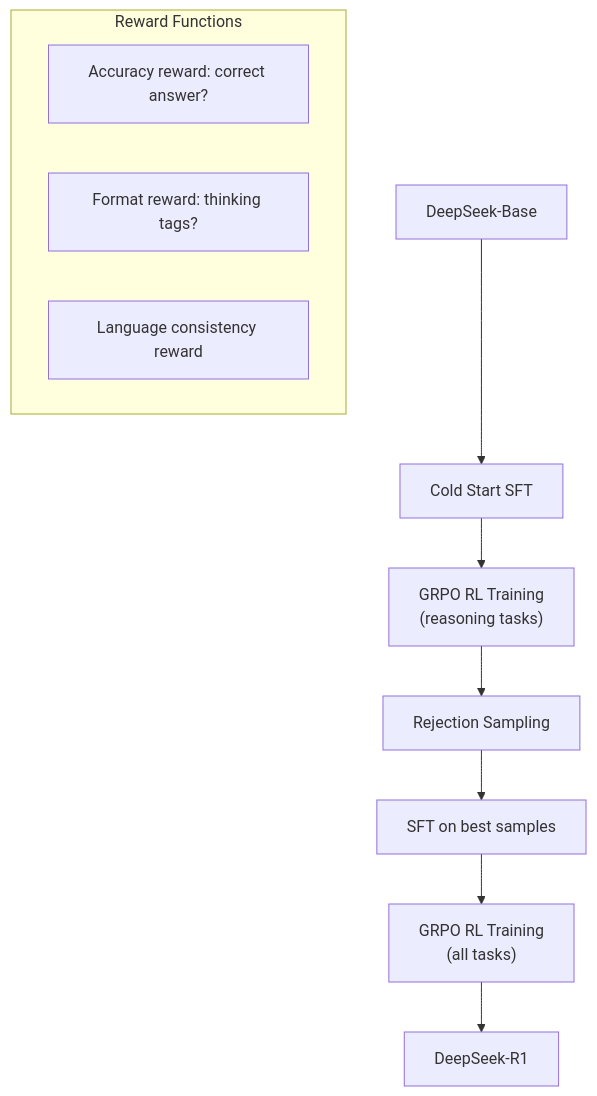
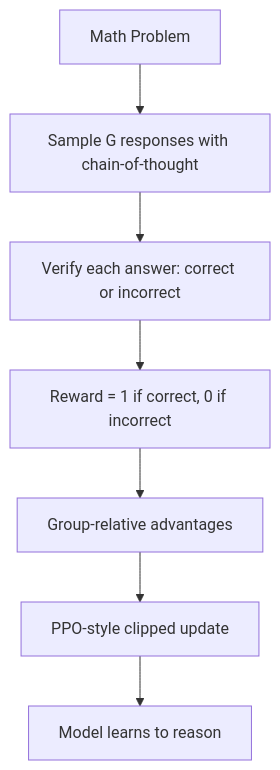
The fourth of 4 diagrams in src/ml/rl/grpo.md (vanos001/placement_prep), drawn with Mermaid before and after one commit. The commit also changed other lines of this file and 13 other files, not shown here.

````diff
--- a/src/ml/rl/grpo.md
+++ b/src/ml/rl/grpo.md
@@ -167,15 +103,9 @@
 ```mermaid
 graph TD
-    PRE[DeepSeek-Base] --> COLD[Cold Start SFT]
-    COLD --> GRPO_RL["GRPO RL Training<br/>(reasoning tasks)"]
-    GRPO_RL --> REJECT[Rejection Sampling]
-    REJECT --> SFT2[SFT on best samples]
-    SFT2 --> GRPO_RL2["GRPO RL Training<br/>(all tasks)"]
-    GRPO_RL2 --> FINAL[DeepSeek-R1]
-    
-    subgraph "Reward Functions"
-        R1[Accuracy reward: correct answer?]
-        R2[Format reward: thinking tags?]
-        R3[Language consistency reward]
-    end
+    A[Math Problem] --> B[Sample G responses with chain-of-thought]
+    B --> C[Verify each answer: correct or incorrect]
+    C --> D["Reward = 1 if correct, 0 if incorrect"]
+    D --> E[Group-relative advantages]
+    E --> F[PPO-style clipped update]
+    F --> G[Model learns to reason]
 ```
````
